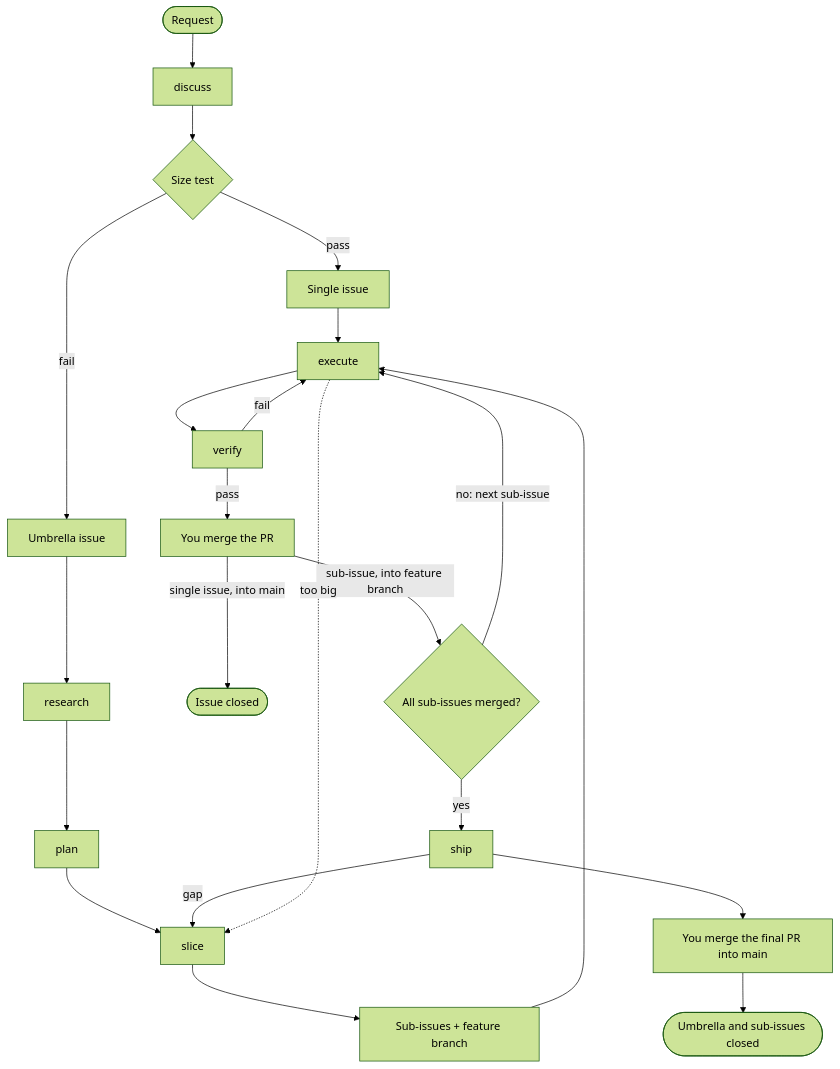
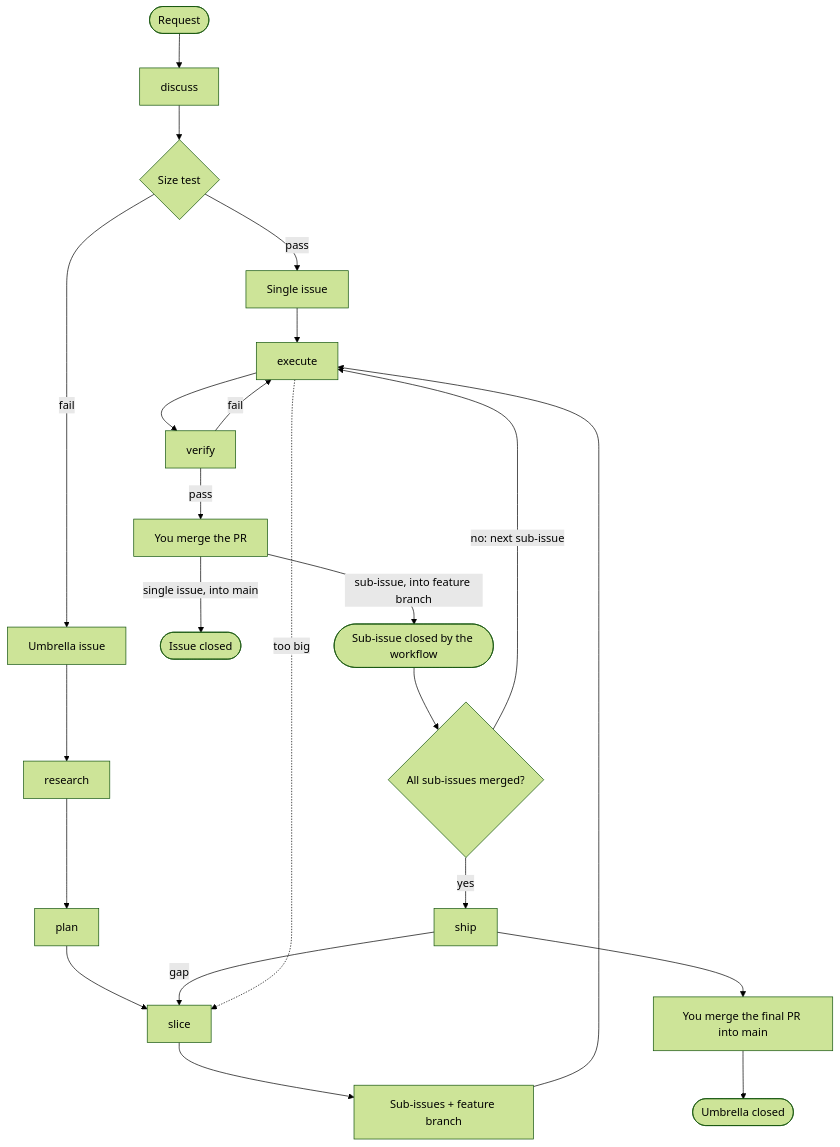
The diagram in docs/engineering-plugin/process.md (cstalhem/cargus-forge), drawn with Mermaid (forest theme) before and after one commit. The commit also changed other lines of this file and 3 other files, not shown here.

First line of the commit message:
docs: amend ADR-001, ADR-002 and process.md for closing sub-issues on merge

````diff
--- a/docs/engineering-plugin/process.md
+++ b/docs/engineering-plugin/process.md
@@ -26,21 +26,21 @@
 ```mermaid
 flowchart TD
   R([Request]) --> D[discuss]
   D --> T{Size test}
   T -- pass --> I[Single issue]
   T -- fail --> U[Umbrella issue] --> RS[research] --> P[plan] --> S[slice]
   S --> SI[Sub-issues + feature branch]
   I --> E[execute]
   SI --> E
   E --> V[verify]
   V -- fail --> E
   V -- pass --> M1[You merge the PR]
   M1 -- single issue, into main --> C1([Issue closed])
-  M1 -- sub-issue, into feature branch --> Q{All sub-issues merged?}
+  M1 -- sub-issue, into feature branch --> C3([Sub-issue closed by the workflow]) --> Q{All sub-issues merged?}
   Q -- no: next sub-issue --> E
   Q -- yes --> SH[ship]
   SH -- gap --> S
   SH --> M2[You merge the final PR into main]
-  M2 --> C2([Umbrella and sub-issues closed])
+  M2 --> C2([Umbrella closed])
   E -. too big .-> S
 ```
````
